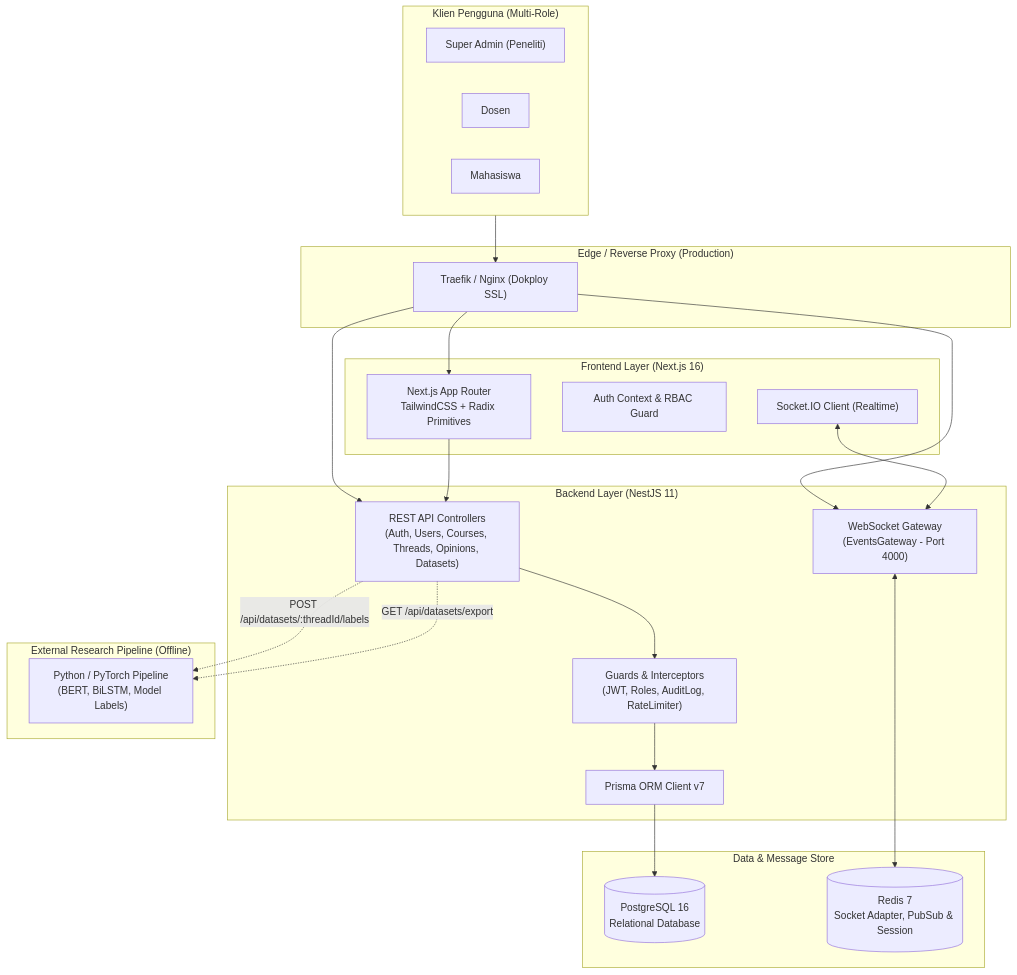
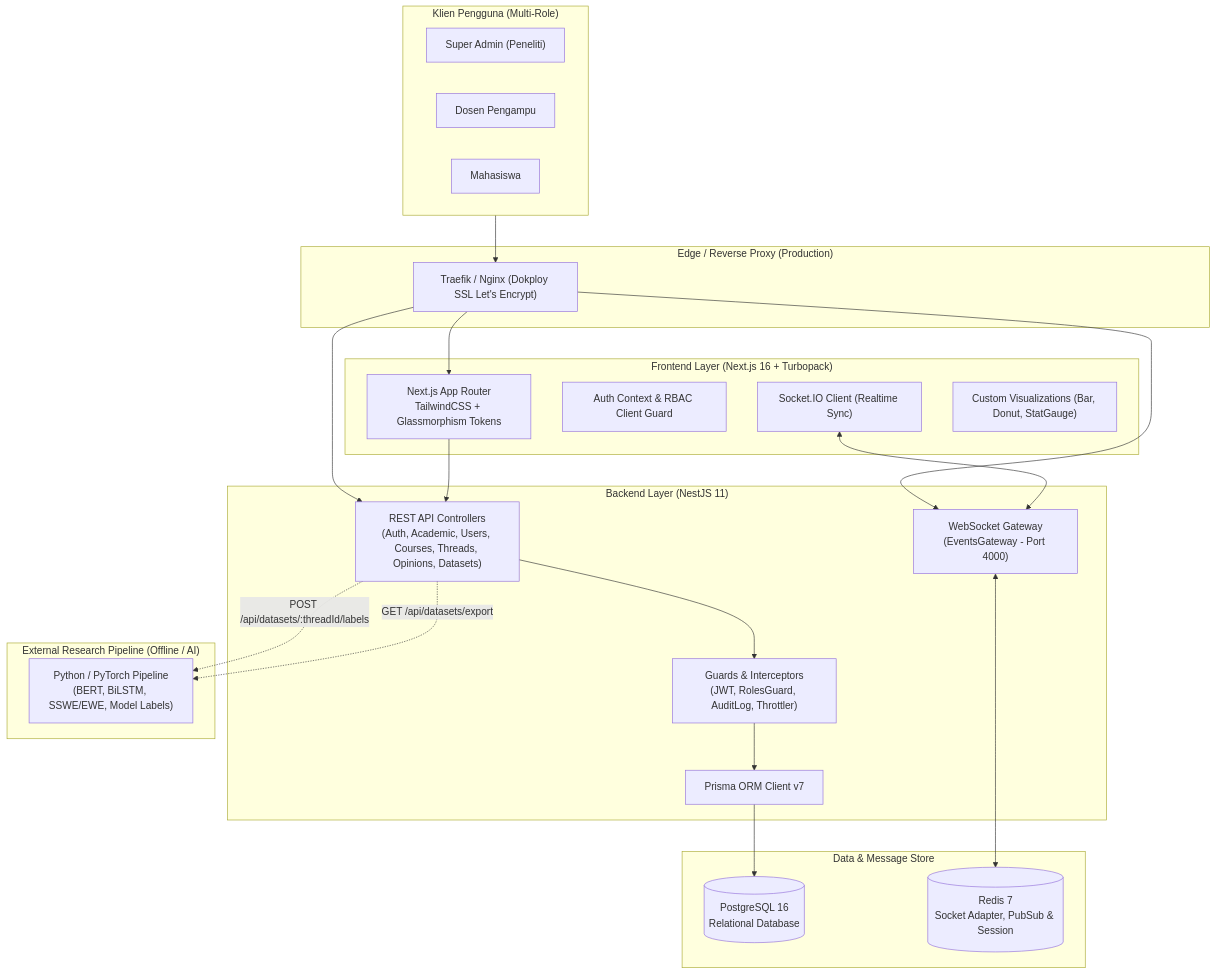
The diagram in README.md (arifsuz/Arjuna-LMS), drawn with Mermaid before and after one commit. The commit also changed other lines of this file and 2 other files, not shown here.

Commit message:
docs: update comprehensive project documentation for global repository, backend API engine, and frontend web client

````diff
--- a/README.md
+++ b/README.md
@@ -30,50 +32,51 @@
 ```mermaid
 flowchart TB
     subgraph Clients["Klien Pengguna (Multi-Role)"]
         Admin["Super Admin (Peneliti)"]
-        Lecturer["Dosen"]
+        Lecturer["Dosen Pengampu"]
         Student["Mahasiswa"]
     end
 
     subgraph ReverseProxy["Edge / Reverse Proxy (Production)"]
-        Traefik["Traefik / Nginx (Dokploy SSL)"]
+        Traefik["Traefik / Nginx (Dokploy SSL Let's Encrypt)"]
     end
 
-    subgraph FrontendApp["Frontend Layer (Next.js 16)"]
-        NextUI["Next.js App Router\nTailwindCSS + Radix Primitives"]
-        AuthContext["Auth Context & RBAC Guard"]
-        SocketClient["Socket.IO Client (Realtime)"]
+    subgraph FrontendApp["Frontend Layer (Next.js 16 + Turbopack)"]
+        NextUI["Next.js App Router\nTailwindCSS + Glassmorphism Tokens"]
+        AuthContext["Auth Context & RBAC Client Guard"]
+        SocketClient["Socket.IO Client (Realtime Sync)"]
+        ChartsEngine["Custom Visualizations (Bar, Donut, StatGauge)"]
     end
 
     subgraph BackendApp["Backend Layer (NestJS 11)"]
-        RestAPI["REST API Controllers\n(Auth, Users, Courses, Threads, Opinions, Datasets)"]
+        RestAPI["REST API Controllers\n(Auth, Academic, Users, Courses, Threads, Opinions, Datasets)"]
         WSGateway["WebSocket Gateway\n(EventsGateway - Port 4000)"]
-        Guards["Guards & Interceptors\n(JWT, Roles, AuditLog, RateLimiter)"]
+        Guards["Guards & Interceptors\n(JWT, RolesGuard, AuditLog, Throttler)"]
         PrismaService["Prisma ORM Client v7"]
     end
 
     subgraph DataStore["Data & Message Store"]
         Postgres[("PostgreSQL 16\nRelational Database")]
         Redis[("Redis 7\nSocket Adapter, PubSub & Session")]
     end
 
-    subgraph NLPPipeline["External Research Pipeline (Offline)"]
-        PythonNLP["Python / PyTorch Pipeline\n(BERT, BiLSTM, Model Labels)"]
+    subgraph NLPPipeline["External Research Pipeline (Offline / AI)"]
+        PythonNLP["Python / PyTorch Pipeline\n(BERT, BiLSTM, SSWE/EWE, Model Labels)"]
     end
 
     Clients --> Traefik
     Traefik --> NextUI
     Traefik --> RestAPI
     Traefik --> WSGateway
 
     NextUI --> RestAPI
     SocketClient <--> WSGateway
 
     RestAPI --> Guards
     Guards --> PrismaService
     WSGateway <--> Redis
     PrismaService --> Postgres
 
     RestAPI -.->|"POST /api/datasets/:threadId/labels"| PythonNLP
     RestAPI -.->|"GET /api/datasets/export"| PythonNLP
 ```
````
